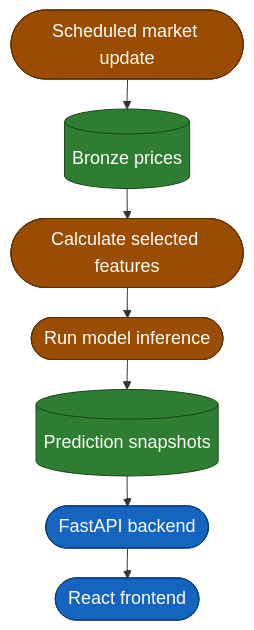
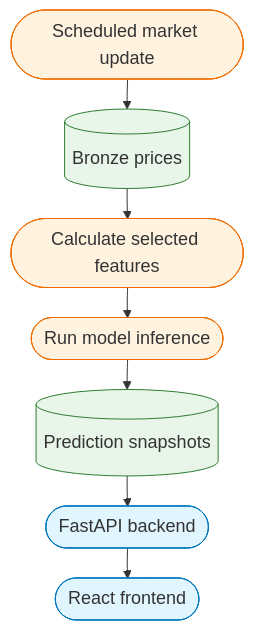
One commit to Frallmeister/swingtrader-app changed the second of 3 diagrams in docs/architecture/overview.md. Above: the diagram before and after it, drawn with Mermaid. The commit also changed other lines of this file and 5 other files, not shown here.

Commit message:
Fix the diagram styling

````diff
--- a/docs/architecture/overview.md
+++ b/docs/architecture/overview.md
@@ -42,20 +42,20 @@
 ```mermaid
 %%{init: {"themeVariables": {"fontSize": "18px"}, "flowchart": {"nodeSpacing": 24, "rankSpacing": 30}}}%%
 flowchart TB
     update([Scheduled market update])
     bronze[(Bronze prices)]
     features([Calculate selected features])
     inference([Run model inference])
     predictions[(Prediction snapshots)]
     api([FastAPI backend])
     frontend([React frontend])
 
     update --> bronze --> features --> inference --> predictions --> api --> frontend
 
-    classDef action fill:#9a4d00,stroke:#5d2e00,color:#ffffff
-    classDef artifact fill:#2e7d32,stroke:#17451c,color:#ffffff
-    classDef service fill:#1565c0,stroke:#0d3d75,color:#ffffff
+    classDef action fill:#fff3e0,stroke:#ef6c00
+    classDef artifact fill:#e8f5e9,stroke:#2e7d32
+    classDef service fill:#e1f5fe,stroke:#0277bd
     class update,features,inference action
     class bronze,predictions artifact
     class api,frontend service
 ```
````
